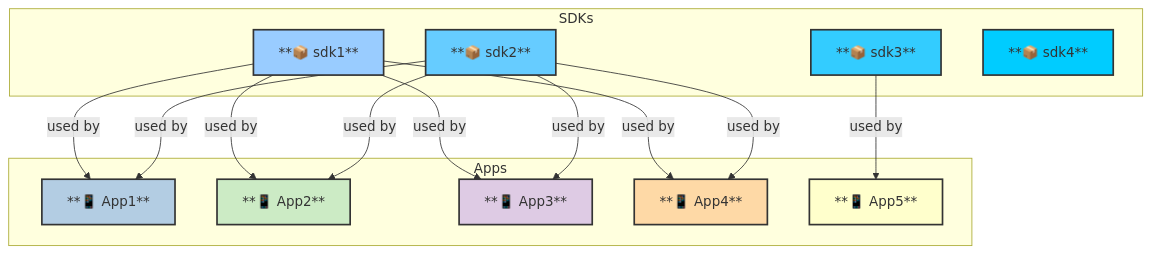
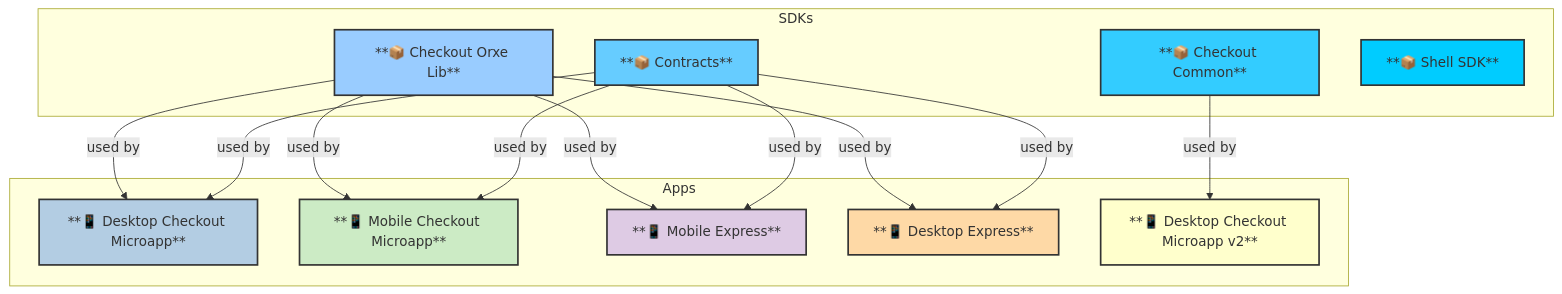
Before and after one commit to tavisca-gkochar/gkochar-tavisca.com: the second of 3 diagrams in testdependency.md, drawn with Mermaid. The commit also changed other lines of this file, not shown here.

````diff
--- a/testdependency.md
+++ b/testdependency.md
@@ -56,41 +56,41 @@
 ```mermaid
 graph TD;
     %% Define subgraph SDKs
     subgraph SDKs
-        L1[**📦 sdk1**]
-        L2[**📦 sdk2**]
-        L3[**📦 sdk3**]
-        L4[**📦 sdk4**]
+        L1[**📦 Checkout Orxe Lib**]
+        L2[**📦 Contracts**]
+        L3[**📦 Checkout Common**]
+        L4[**📦 Shell SDK**]
     end
 
     subgraph Apps
-        A1[**📱 App1**]
-        A2[**📱 App2**]
-        A3[**📱 App3**]
-        A4[**📱 App4**]
-        A5[**📱 App5**]
+        A1[**📱 Desktop Checkout Microapp**]
+        A2[**📱 Mobile Checkout Microapp**]
+        A3[**📱 Mobile Express**]
+        A4[**📱 Desktop Express**]
+        A5[**📱 Desktop Checkout Microapp v2**]
     end
 
     %% Define relationships
     L1 -->|used by| A1;
     L1 -->|used by| A2;
     L1 -->|used by| A3;
     L1 -->|used by| A4;
     L2 -->|used by| A1;
     L2 -->|used by| A2;
     L2 -->|used by| A3;
     L2 -->|used by| A4;
     L3 -->|used by| A5;
 
     %% Adding styles and theming
     style L1 fill:#9cf,stroke:#333,stroke-width:2px;
     style L2 fill:#6cf,stroke:#333,stroke-width:2px;
     style L3 fill:#3cf,stroke:#333,stroke-width:2px;
     style L4 fill:#0cf,stroke:#333,stroke-width:2px;
 
     style A1 fill:#b3cde3,stroke:#333,stroke-width:2px;
     style A2 fill:#ccebc5,stroke:#333,stroke-width:2px;
     style A3 fill:#decbe4,stroke:#333,stroke-width:2px;
     style A4 fill:#fed9a6,stroke:#333,stroke-width:2px;
     style A5 fill:#ffffcc,stroke:#333,stroke-width:2px;
 ```
````
